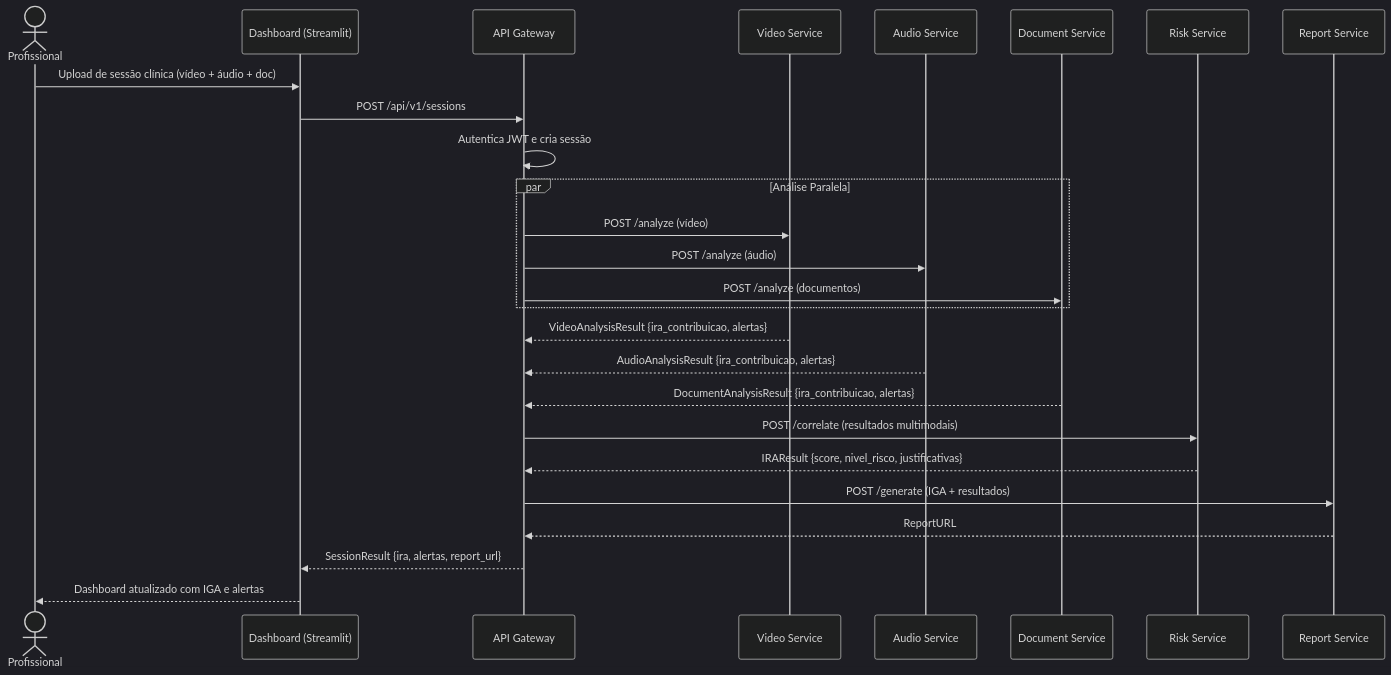
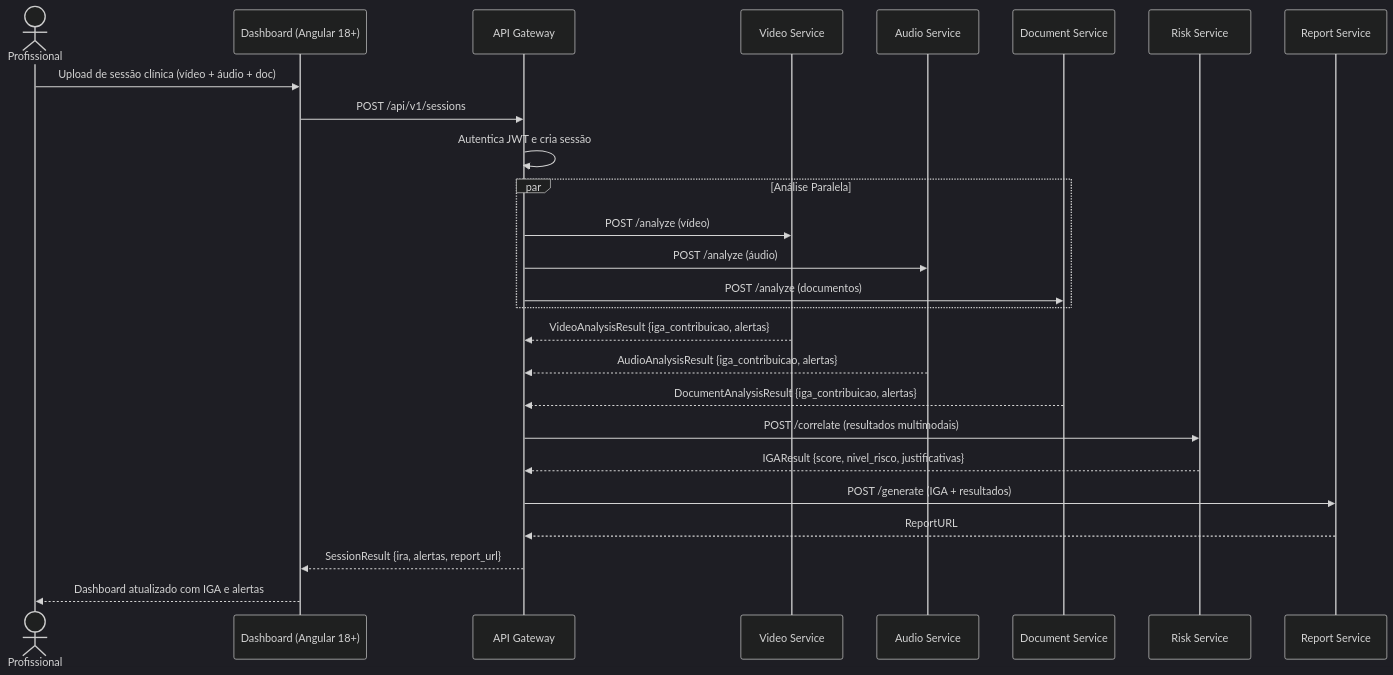
Before and after one commit to Wallace82/guardia-parto-seguro: the fourth of 6 diagrams in docs/ARCHITECTURE.md, drawn with Mermaid (dark theme). The commit also changed other lines of this file and 20 other files, not shown here.

Commit message:
feat: add comprehensive project documentation and define initial database schema architecture

````diff
--- a/docs/ARCHITECTURE.md
+++ b/docs/ARCHITECTURE.md
@@ -170,34 +170,34 @@
 ```mermaid
 sequenceDiagram
     actor Prof as Profissional
-    participant FE as Dashboard (Streamlit)
+    participant FE as Dashboard (Angular 18+)
     participant GW as API Gateway
     participant VS as Video Service
     participant AS as Audio Service
     participant DS as Document Service
     participant RS as Risk Service
     participant RP as Report Service
 
     Prof->>FE: Upload de sessão clínica (vídeo + áudio + doc)
     FE->>GW: POST /api/v1/sessions
     GW->>GW: Autentica JWT e cria sessão
 
     par Análise Paralela
         GW->>VS: POST /analyze (vídeo)
         GW->>AS: POST /analyze (áudio)
         GW->>DS: POST /analyze (documentos)
     end
 
-    VS-->>GW: VideoAnalysisResult {ira_contribuicao, alertas}
-    AS-->>GW: AudioAnalysisResult {ira_contribuicao, alertas}
-    DS-->>GW: DocumentAnalysisResult {ira_contribuicao, alertas}
+    VS-->>GW: VideoAnalysisResult {iga_contribuicao, alertas}
+    AS-->>GW: AudioAnalysisResult {iga_contribuicao, alertas}
+    DS-->>GW: DocumentAnalysisResult {iga_contribuicao, alertas}
 
     GW->>RS: POST /correlate (resultados multimodais)
-    RS-->>GW: IRAResult {score, nivel_risco, justificativas}
+    RS-->>GW: IGAResult {score, nivel_risco, justificativas}
 
     GW->>RP: POST /generate (IGA + resultados)
     RP-->>GW: ReportURL
 
     GW-->>FE: SessionResult {ira, alertas, report_url}
     FE-->>Prof: Dashboard atualizado com IGA e alertas
 ```
````
